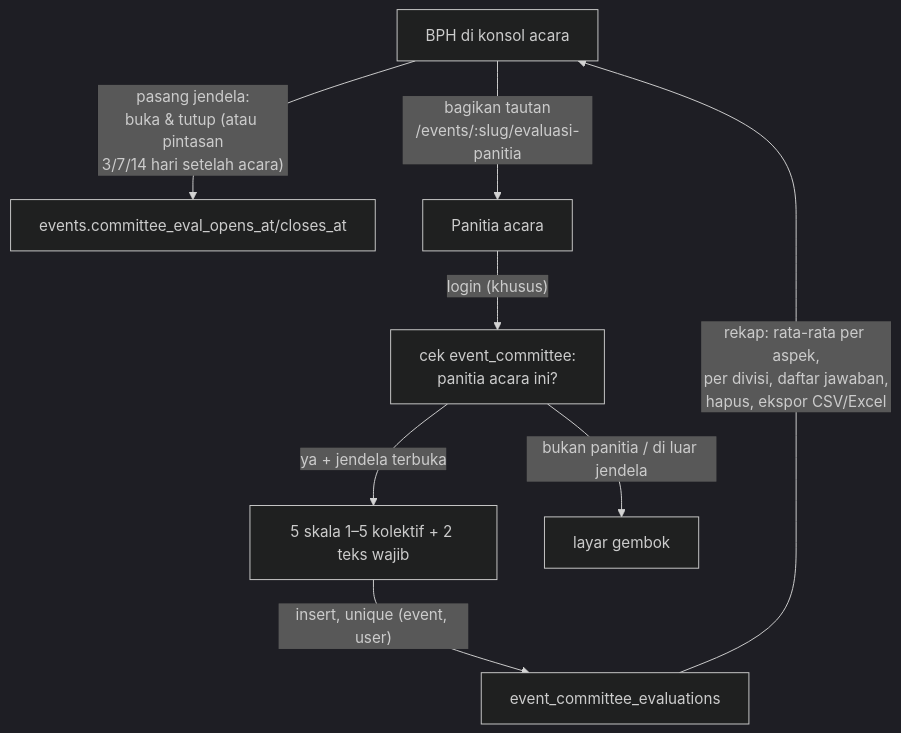
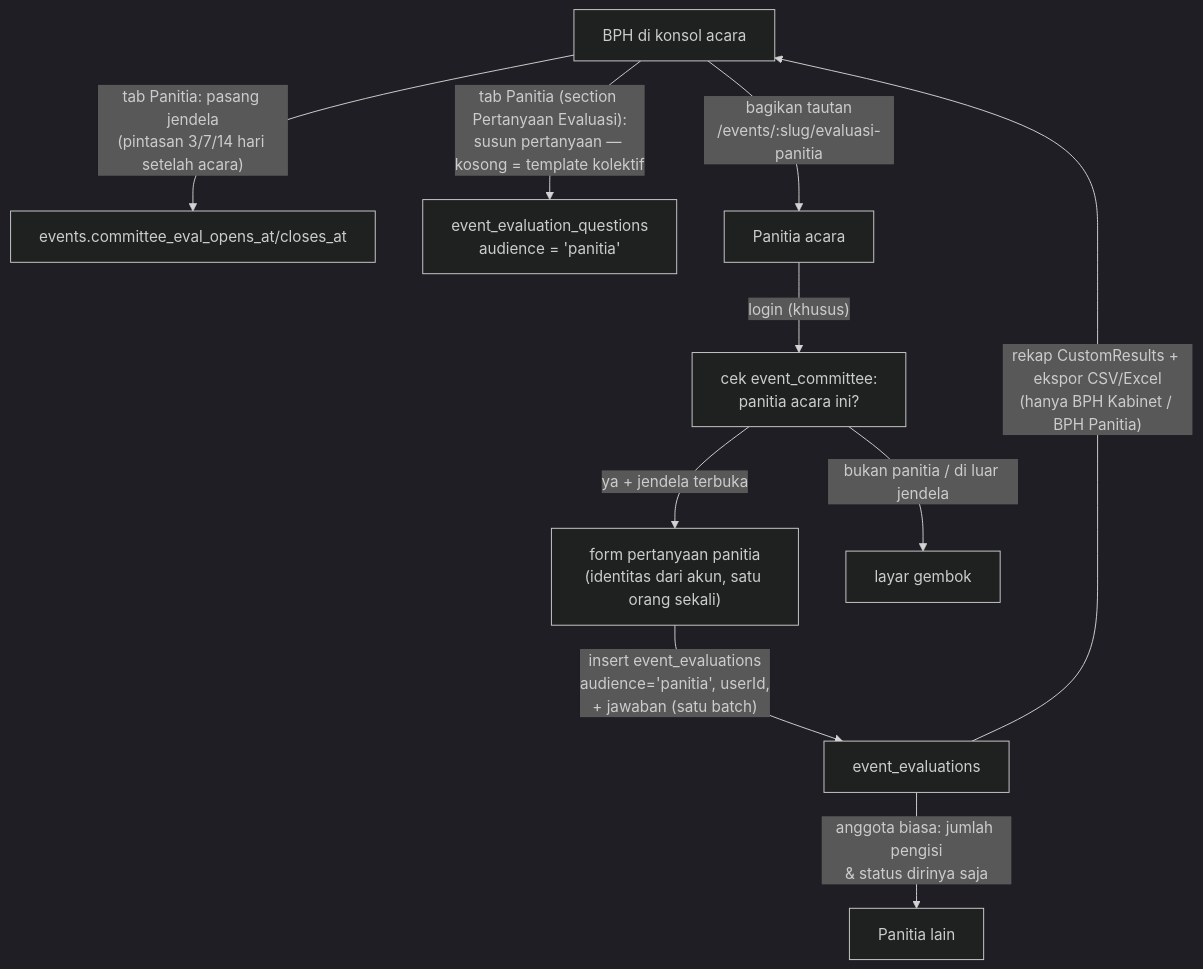
Before and after one commit to ppit-nanjing/PPIT_nanjing: the diagram in docs/Evaluasi Panitia Acara.md, drawn with Mermaid (dark theme). The commit also changed other lines of this file and 47 other files, not shown here.

````diff
--- a/docs/Evaluasi Panitia Acara.md
+++ b/docs/Evaluasi Panitia Acara.md
@@ -21,10 +22,12 @@
 ```mermaid
 flowchart TD
-    BPH["BPH di konsol acara"] -->|"pasang jendela:<br/>buka & tutup (atau pintasan<br/>3/7/14 hari setelah acara)"| W["events.committee_eval_opens_at/closes_at"]
+    BPH["BPH di konsol acara"] -->|"tab Panitia: pasang jendela<br/>(pintasan 3/7/14 hari setelah acara)"| W["events.committee_eval_opens_at/closes_at"]
+    BPH -->|"tab Panitia (section Pertanyaan Evaluasi):<br/>susun pertanyaan — kosong = template kolektif"| Q["event_evaluation_questions<br/>audience = 'panitia'"]
     BPH -->|"bagikan tautan<br/>/events/:slug/evaluasi-panitia"| P["Panitia acara"]
     P -->|"login (khusus)"| C["cek event_committee:<br/>panitia acara ini?"]
-    C -->|"ya + jendela terbuka"| F["5 skala 1–5 kolektif + 2 teks wajib"]
+    C -->|"ya + jendela terbuka"| F["form pertanyaan panitia<br/>(identitas dari akun, satu orang sekali)"]
     C -->|"bukan panitia / di luar jendela"| L["layar gembok"]
-    F -->|"insert, unique (event, user)"| R["event_committee_evaluations"]
-    R -->|"rekap: rata-rata per aspek,<br/>per divisi, daftar jawaban,<br/>hapus, ekspor CSV/Excel"| BPH
+    F -->|"insert event_evaluations<br/>audience='panitia', userId,<br/>+ jawaban (satu batch)"| R["event_evaluations"]
+    R -->|"rekap CustomResults + ekspor CSV/Excel<br/>(hanya BPH Kabinet / BPH Panitia)"| BPH
+    R -->|"anggota biasa: jumlah pengisi<br/>& status dirinya saja"| O["Panitia lain"]
 ```
````
